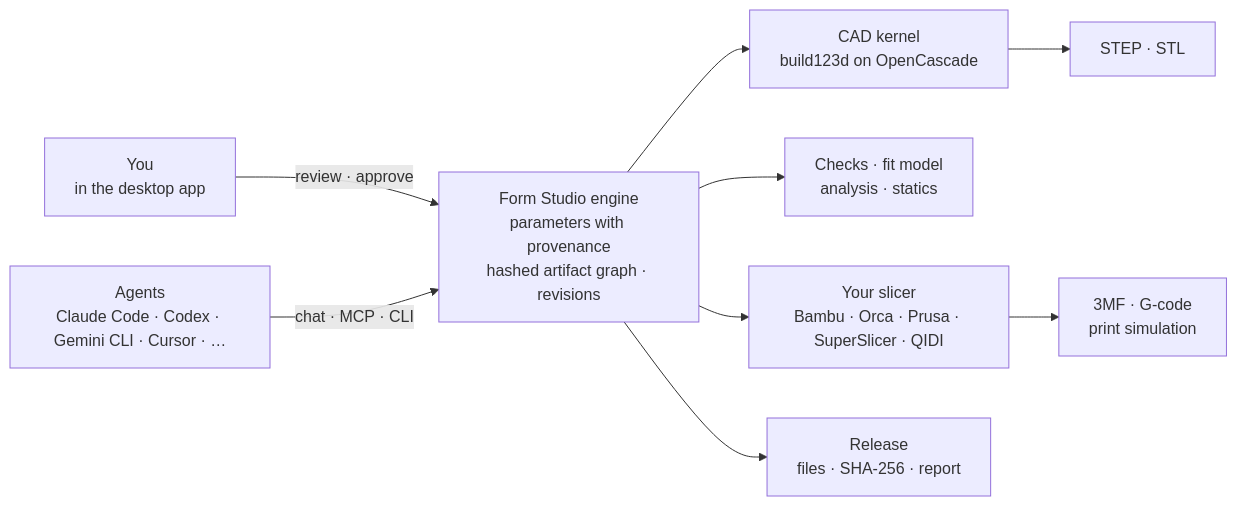
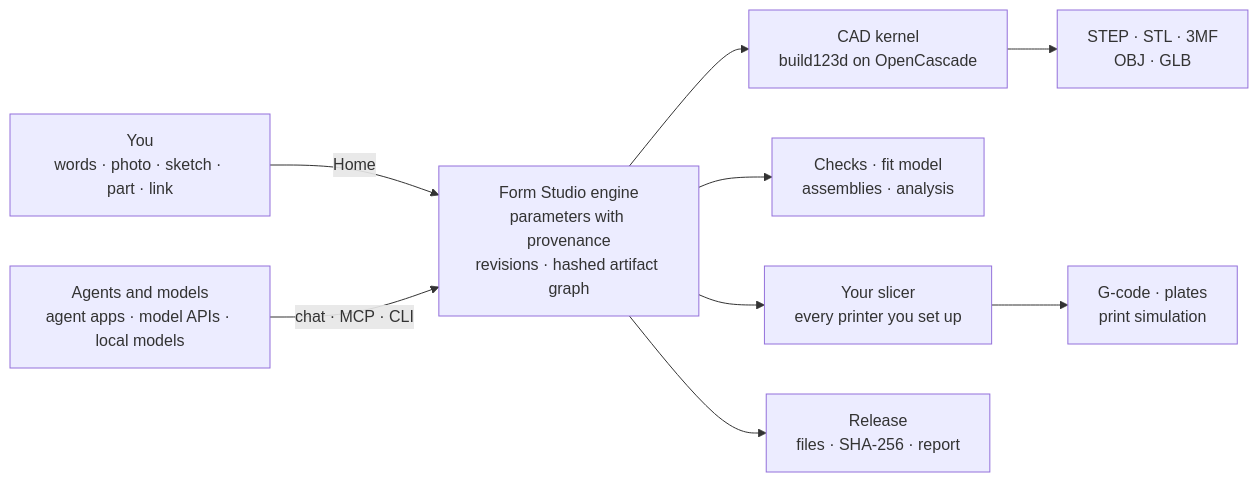
The diagram in README.md (kaizensx/form-studio), drawn with Mermaid before and after one commit. The commit also changed other lines of this file and 40 other files, not shown here.

Commit message:
Docs and README for 12.0.0: start from anything, concepts, assemblies, 3D models, providers; new screenshots from the app

````diff
--- a/README.md
+++ b/README.md
@@ -199,11 +301,11 @@
 ```mermaid
 flowchart LR
-  U["You<br/>in the desktop app"] -- review · approve --> S
-  A["Agents<br/>Claude Code · Codex · Gemini CLI · Cursor · …"] -- chat · MCP · CLI --> S
-  S["Form Studio engine<br/>parameters with provenance<br/>hashed artifact graph · revisions"] --> K["CAD kernel<br/>build123d on OpenCascade"]
-  S --> C["Checks · fit model<br/>analysis · statics"]
-  S --> L["Your slicer<br/>Bambu · Orca · Prusa · SuperSlicer · QIDI"]
-  K --> O["STEP · STL"]
-  L --> G["3MF · G-code<br/>print simulation"]
+  U["You<br/>words · photo · sketch · part · link"] -- Home --> S
+  A["Agents and models<br/>agent apps · model APIs · local models"] -- chat · MCP · CLI --> S
+  S["Form Studio engine<br/>parameters with provenance<br/>revisions · hashed artifact graph"] --> K["CAD kernel<br/>build123d on OpenCascade"]
+  S --> C["Checks · fit model<br/>assemblies · analysis"]
+  S --> L["Your slicer<br/>every printer you set up"]
+  K --> O["STEP · STL · 3MF<br/>OBJ · GLB"]
+  L --> G["G-code · plates<br/>print simulation"]
   S --> R["Release<br/>files · SHA-256 · report"]
 ```
````
